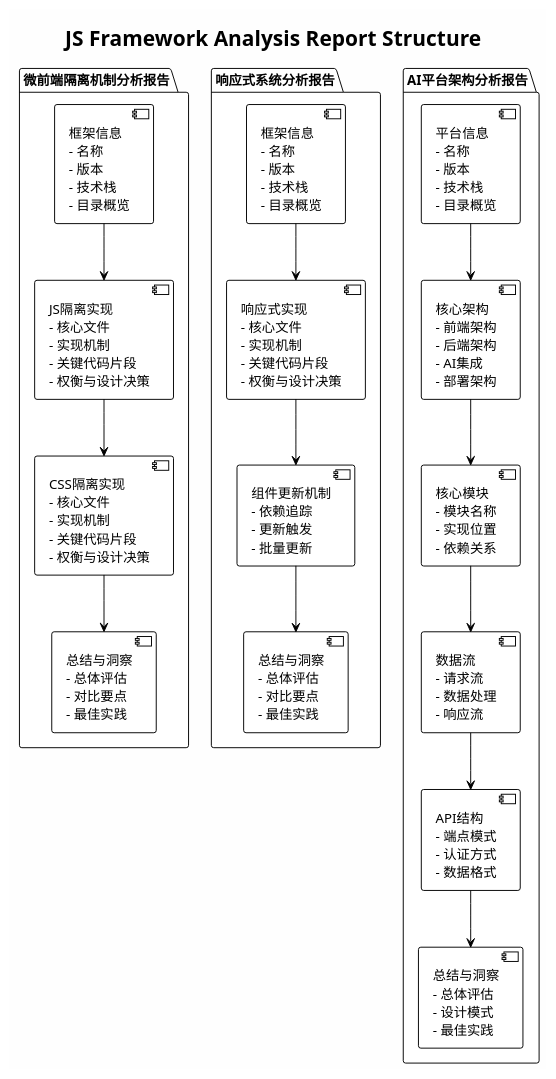
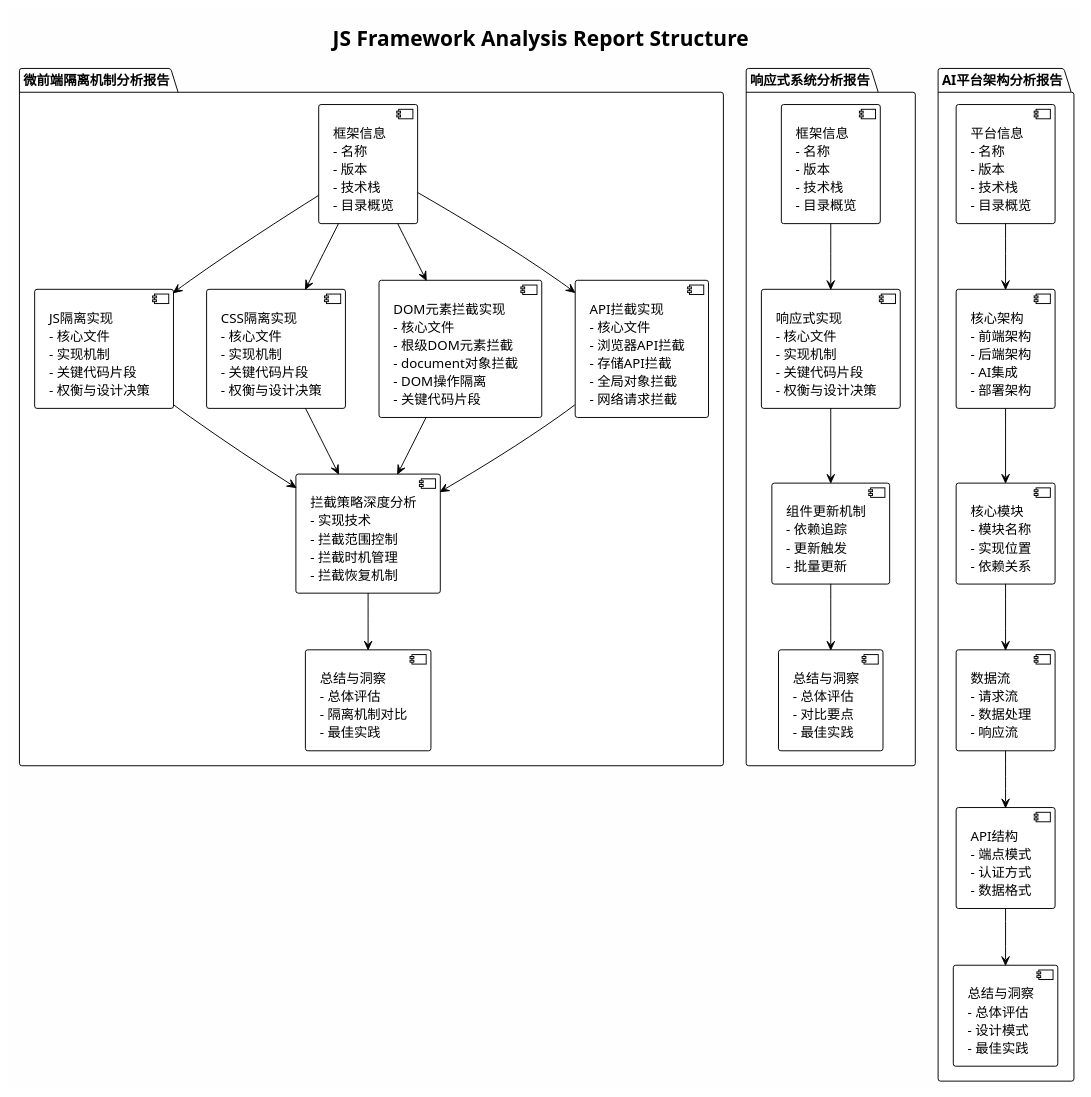
The second of 2 diagrams in docs/requirements/003-js-framework-repository-analyzer-technical-design.md (ZHOUKAILIAN/claude-community-plugins), drawn with PlantUML before and after one commit. The commit also changed other lines of this file and 5 other files, not shown here.

First line of the commit message:
enhance: add DOM and API interception analysis to microfrontend isolation

````diff
--- a/docs/requirements/003-js-framework-repository-analyzer-technical-design.md
+++ b/docs/requirements/003-js-framework-repository-analyzer-technical-design.md
@@ -472,46 +528,55 @@
 ```plantuml
 @startuml
 !theme plain
 skinparam backgroundColor #FEFEFE
 
 title JS Framework Analysis Report Structure
 
 package "微前端隔离机制分析报告" {
   [框架信息\n- 名称\n- 版本\n- 技术栈\n- 目录概览] as mf_info
   [JS隔离实现\n- 核心文件\n- 实现机制\n- 关键代码片段\n- 权衡与设计决策] as mf_js
   [CSS隔离实现\n- 核心文件\n- 实现机制\n- 关键代码片段\n- 权衡与设计决策] as mf_css
-  [总结与洞察\n- 总体评估\n- 对比要点\n- 最佳实践] as mf_summary
+  [DOM元素拦截实现\n- 核心文件\n- 根级DOM元素拦截\n- document对象拦截\n- DOM操作隔离\n- 关键代码片段] as mf_dom
+  [API拦截实现\n- 核心文件\n- 浏览器API拦截\n- 存储API拦截\n- 全局对象拦截\n- 网络请求拦截] as mf_api
+  [拦截策略深度分析\n- 实现技术\n- 拦截范围控制\n- 拦截时机管理\n- 拦截恢复机制] as mf_strategy
+  [总结与洞察\n- 总体评估\n- 隔离机制对比\n- 最佳实践] as mf_summary
 }
 
 package "响应式系统分析报告" {
   [框架信息\n- 名称\n- 版本\n- 技术栈\n- 目录概览] as rx_info
   [响应式实现\n- 核心文件\n- 实现机制\n- 关键代码片段\n- 权衡与设计决策] as rx_reactive
   [组件更新机制\n- 依赖追踪\n- 更新触发\n- 批量更新] as rx_update
   [总结与洞察\n- 总体评估\n- 对比要点\n- 最佳实践] as rx_summary
 }
 
 package "AI平台架构分析报告" {
   [平台信息\n- 名称\n- 版本\n- 技术栈\n- 目录概览] as ai_info
   [核心架构\n- 前端架构\n- 后端架构\n- AI集成\n- 部署架构] as ai_arch
   [核心模块\n- 模块名称\n- 实现位置\n- 依赖关系] as ai_modules
   [数据流\n- 请求流\n- 数据处理\n- 响应流] as ai_flow
   [API结构\n- 端点模式\n- 认证方式\n- 数据格式] as ai_api
   [总结与洞察\n- 总体评估\n- 设计模式\n- 最佳实践] as ai_summary
 }
 
 mf_info --> mf_js
-mf_js --> mf_css
-mf_css --> mf_summary
+mf_info --> mf_css
+mf_info --> mf_dom
+mf_info --> mf_api
+mf_js --> mf_strategy
+mf_css --> mf_strategy
+mf_dom --> mf_strategy
+mf_api --> mf_strategy
+mf_strategy --> mf_summary
 
 rx_info --> rx_reactive
 rx_reactive --> rx_update
 rx_update --> rx_summary
 
 ai_info --> ai_arch
 ai_arch --> ai_modules
 ai_modules --> ai_flow
 ai_flow --> ai_api
 ai_api --> ai_summary
 
 @enduml
 ```
````
